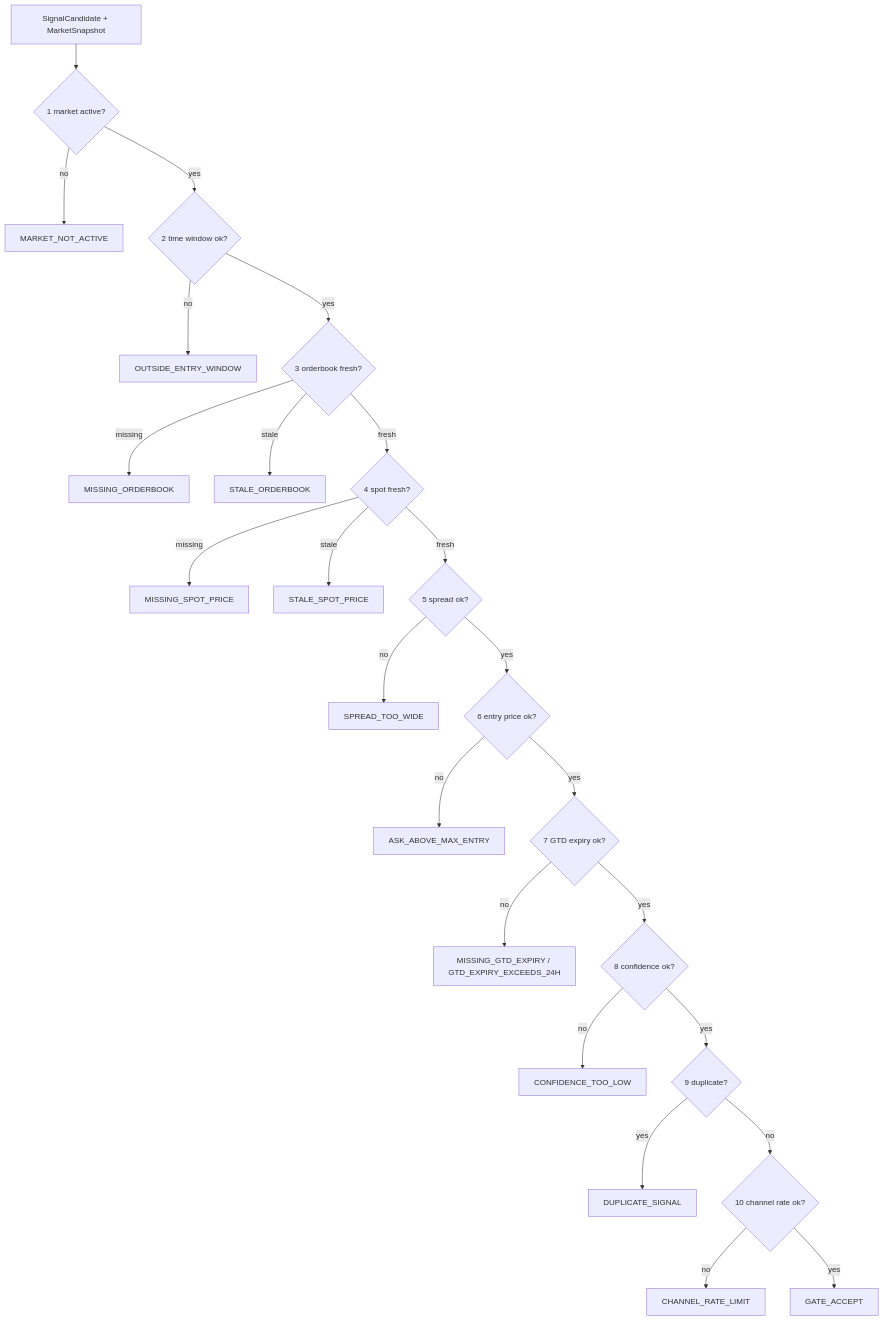
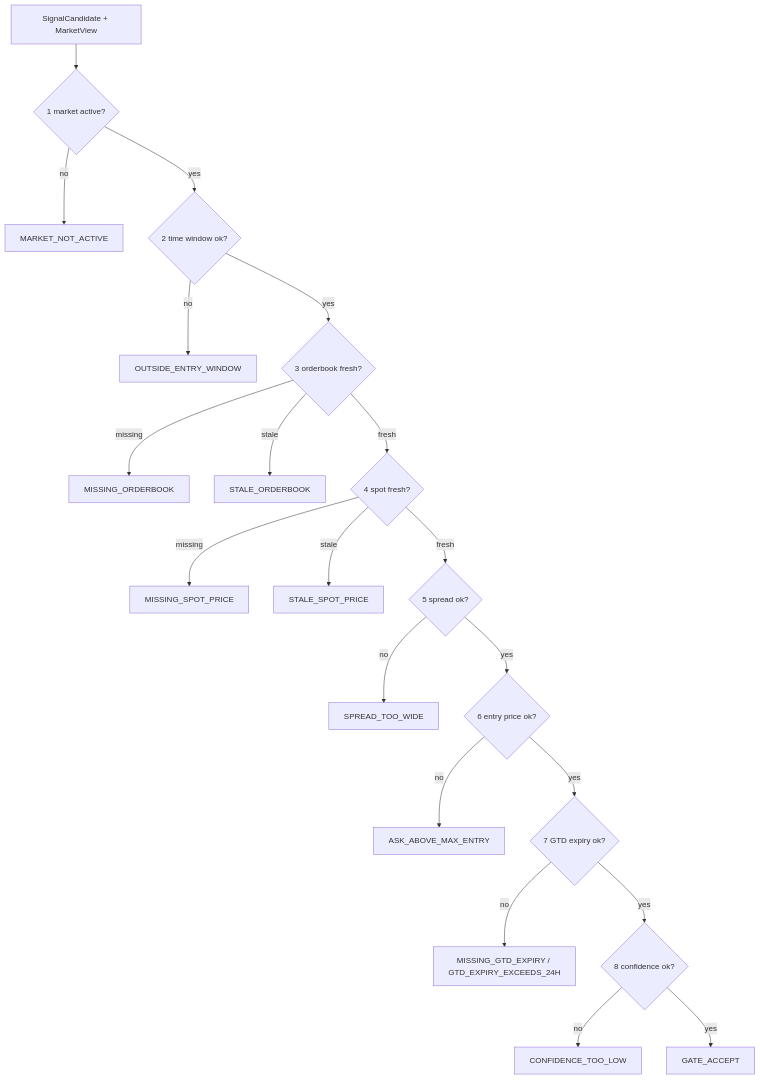
The second of 4 diagrams in docs/SIGNAL_GATE_RULES.md (6Kmfi6HP/polysignal-lab), drawn with Mermaid before and after one commit. The commit also changed other lines of this file and 405 other files, not shown here.

````diff
--- a/docs/SIGNAL_GATE_RULES.md
+++ b/docs/SIGNAL_GATE_RULES.md
@@ -21,27 +29,23 @@
 ```mermaid
 flowchart TD
-    S[SignalCandidate + MarketSnapshot]
+    S[SignalCandidate + MarketView]
     S --> G1{1 market active?}
     G1 -- no --> R1[MARKET_NOT_ACTIVE]
     G1 -- yes --> G2{2 time window ok?}
     G2 -- no --> R2[OUTSIDE_ENTRY_WINDOW]
     G2 -- yes --> G3{3 orderbook fresh?}
     G3 -- missing --> R3[MISSING_ORDERBOOK]
     G3 -- stale --> R4[STALE_ORDERBOOK]
     G3 -- fresh --> G4{4 spot fresh?}
     G4 -- missing --> R5[MISSING_SPOT_PRICE]
     G4 -- stale --> R6[STALE_SPOT_PRICE]
     G4 -- fresh --> G5{5 spread ok?}
     G5 -- no --> R7[SPREAD_TOO_WIDE]
     G5 -- yes --> G6{6 entry price ok?}
     G6 -- no --> R8[ASK_ABOVE_MAX_ENTRY]
     G6 -- yes --> G7{7 GTD expiry ok?}
     G7 -- no --> R9[MISSING_GTD_EXPIRY / GTD_EXPIRY_EXCEEDS_24H]
     G7 -- yes --> G8{8 confidence ok?}
     G8 -- no --> R10[CONFIDENCE_TOO_LOW]
-    G8 -- yes --> G9{9 duplicate?}
-    G9 -- yes --> R11[DUPLICATE_SIGNAL]
-    G9 -- no --> G10{10 channel rate ok?}
-    G10 -- no --> R12[CHANNEL_RATE_LIMIT]
-    G10 -- yes --> OK[GATE_ACCEPT]
+    G8 -- yes --> OK[GATE_ACCEPT]
 ```
````
